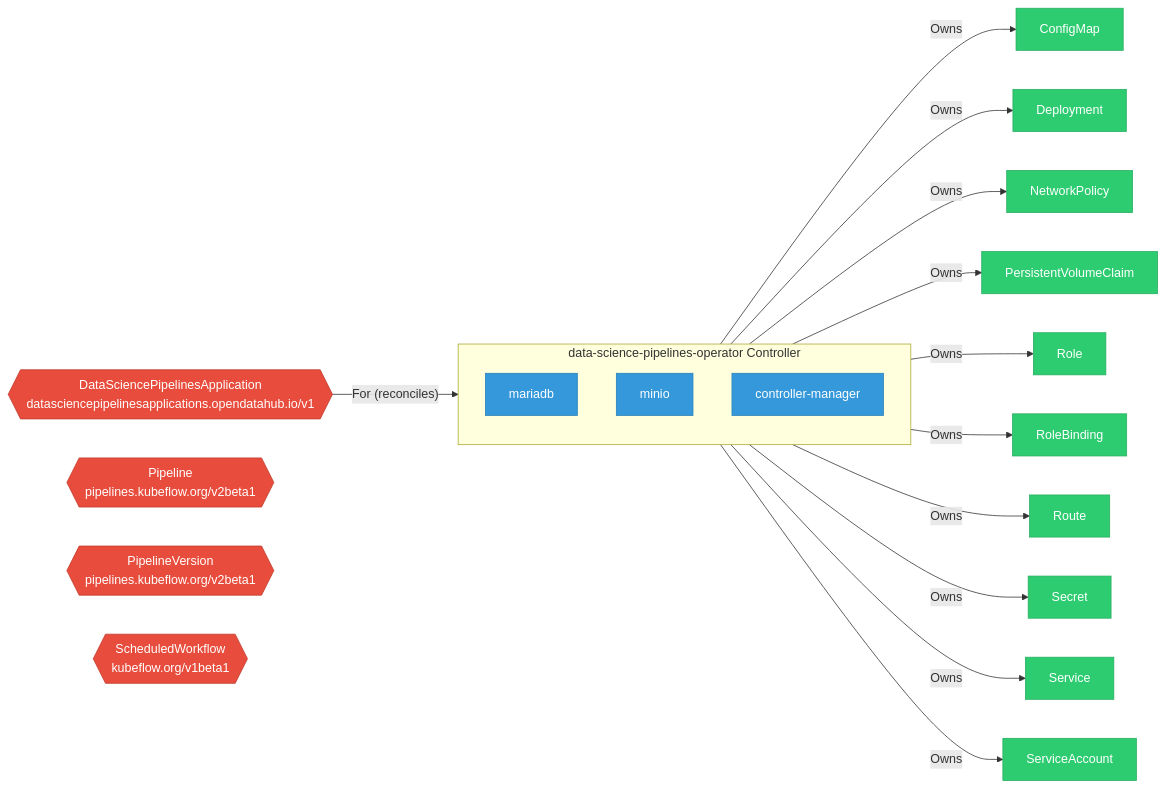
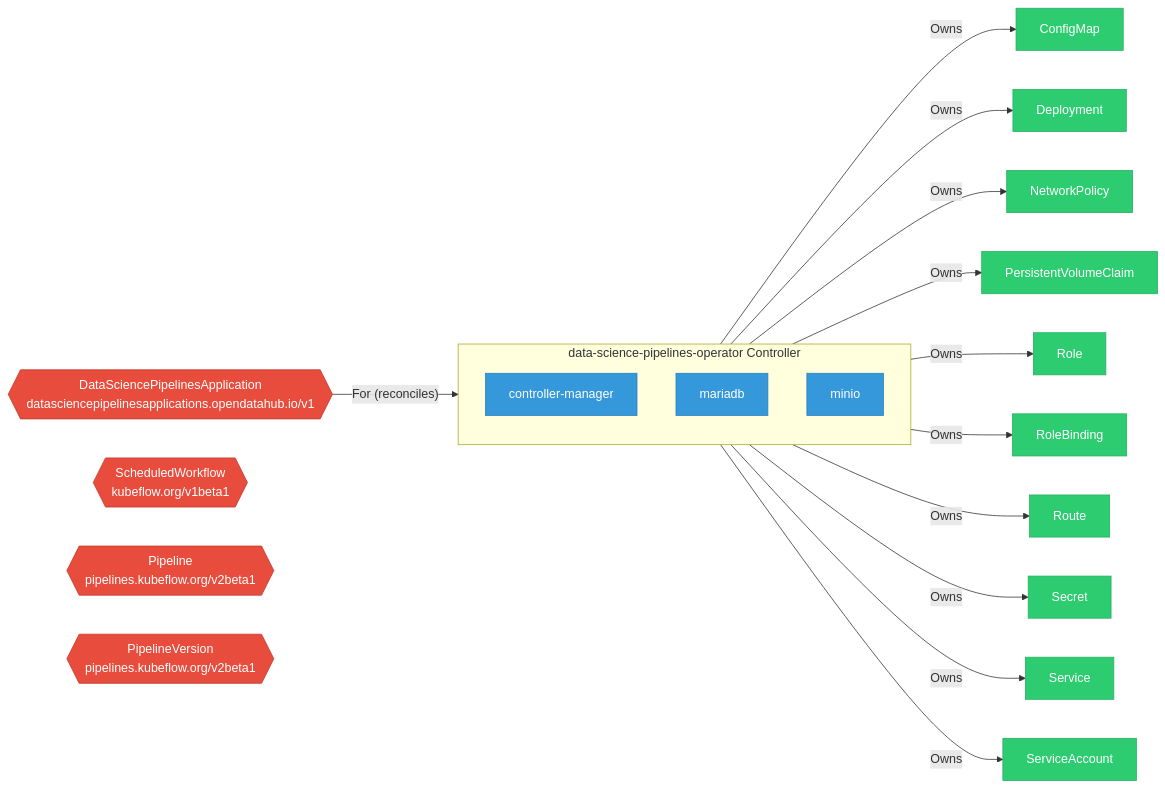
Before and after one commit to ugiordan/rhoai-architecture-analyzer: the diagram in site/docs/rhoai-platform/components/data_science_pipelines_operator/index.md, drawn with Mermaid. The commit also changed other lines of this file and 214 other files, not shown here.

````diff
--- a/site/docs/rhoai-platform/components/data_science_pipelines_operator/index.md
+++ b/site/docs/rhoai-platform/components/data_science_pipelines_operator/index.md
@@ -22,49 +25,49 @@
 ```mermaid
 graph LR
     %% Component architecture for data-science-pipelines-operator
 
     classDef crd fill:#e74c3c,stroke:#c0392b,color:#fff
     classDef controller fill:#3498db,stroke:#2980b9,color:#fff
     classDef owned fill:#2ecc71,stroke:#27ae60,color:#fff
     classDef external fill:#95a5a6,stroke:#7f8c8d,color:#fff
     classDef dep fill:#f39c12,stroke:#e67e22,color:#fff
 
     subgraph controller["data-science-pipelines-operator Controller"]
-        dep_1["mariadb"]
+        dep_1["controller-manager"]
         class dep_1 controller
-        dep_2["minio"]
+        dep_2["mariadb"]
         class dep_2 controller
-        dep_3["controller-manager"]
+        dep_3["minio"]
         class dep_3 controller
     end
 
     crd_DataSciencePipelinesApplication{{"DataSciencePipelinesApplication\ndatasciencepipelinesapplications.opendatahub.io/v1"}}
     class crd_DataSciencePipelinesApplication crd
     crd_DataSciencePipelinesApplication -->|"For (reconciles)"| controller
+    crd_ScheduledWorkflow{{"ScheduledWorkflow\nkubeflow.org/v1beta1"}}
+    class crd_ScheduledWorkflow crd
     crd_Pipeline{{"Pipeline\npipelines.kubeflow.org/v2beta1"}}
     class crd_Pipeline crd
     crd_PipelineVersion{{"PipelineVersion\npipelines.kubeflow.org/v2beta1"}}
     class crd_PipelineVersion crd
-    crd_ScheduledWorkflow{{"ScheduledWorkflow\nkubeflow.org/v1beta1"}}
-    class crd_ScheduledWorkflow crd
     controller -->|"Owns"| owned_4["ConfigMap"]
     class owned_4 owned
     controller -->|"Owns"| owned_5["Deployment"]
     class owned_5 owned
     controller -->|"Owns"| owned_6["NetworkPolicy"]
     class owned_6 owned
     controller -->|"Owns"| owned_7["PersistentVolumeClaim"]
     class owned_7 owned
     controller -->|"Owns"| owned_8["Role"]
     class owned_8 owned
     controller -->|"Owns"| owned_9["RoleBinding"]
     class owned_9 owned
     controller -->|"Owns"| owned_10["Route"]
     class owned_10 owned
     controller -->|"Owns"| owned_11["Secret"]
     class owned_11 owned
     controller -->|"Owns"| owned_12["Service"]
     class owned_12 owned
     controller -->|"Owns"| owned_13["ServiceAccount"]
     class owned_13 owned
 ```
````
